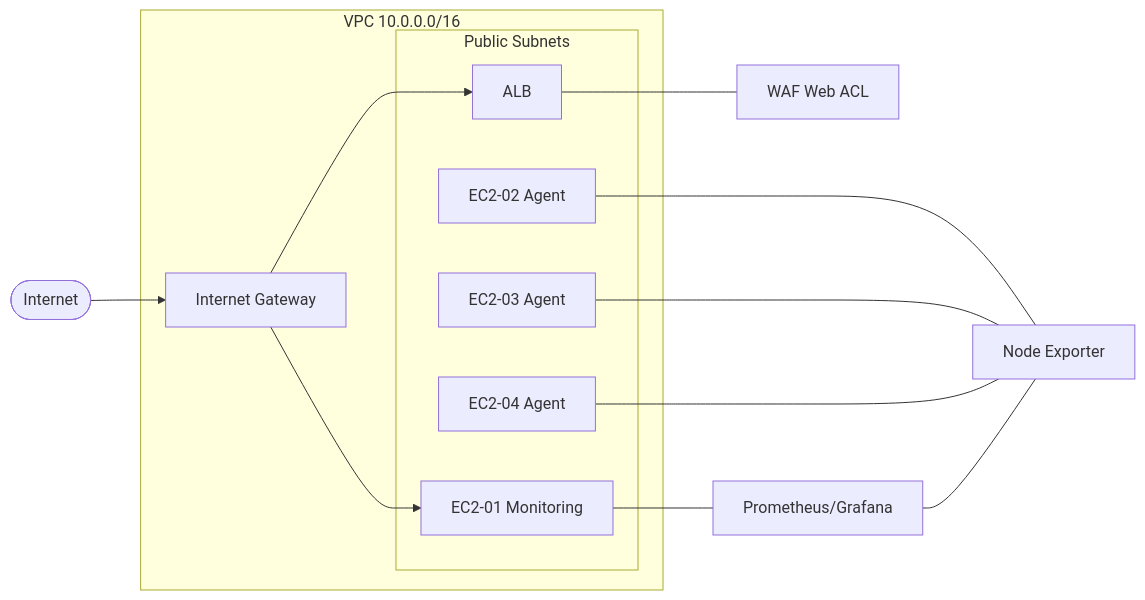
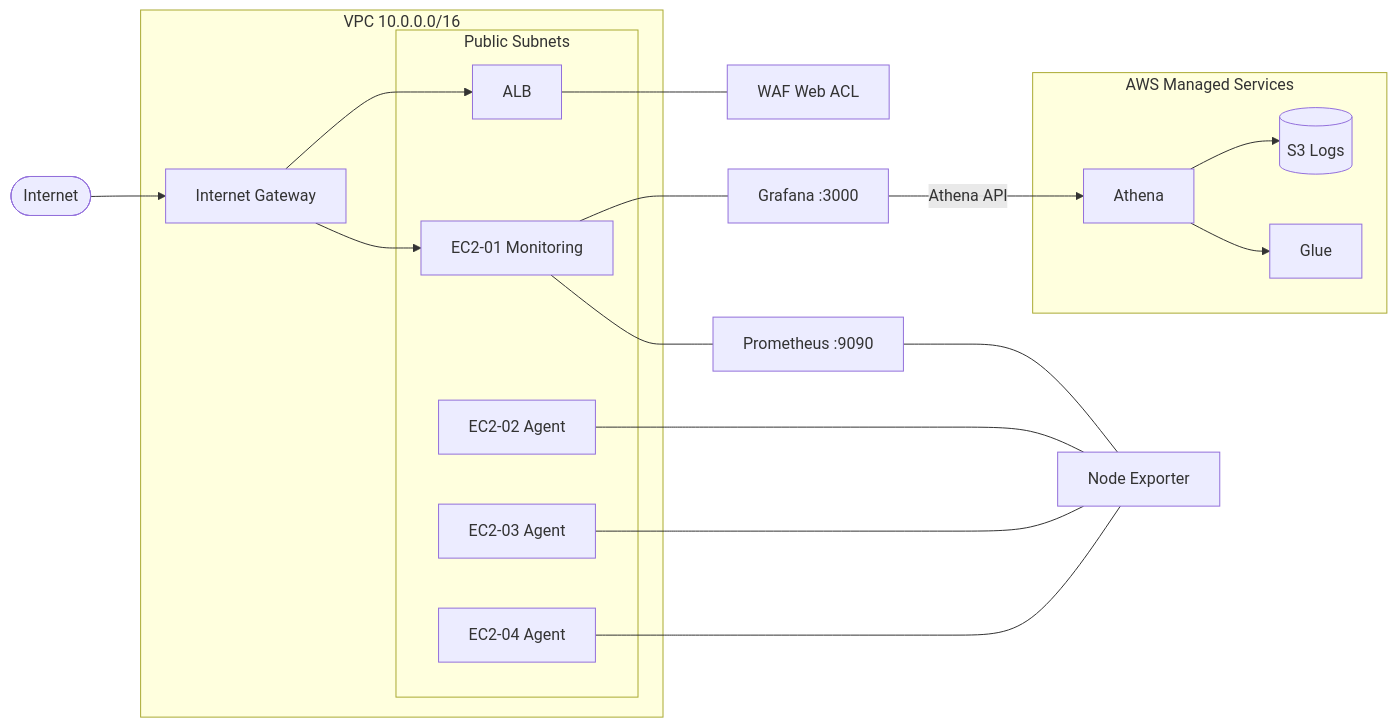
One commit to durgaprasadraju/aws-wafsecurity-monitoring changed the fifth of 7 diagrams in diagrams/architecture.md. Above: the diagram before and after it, drawn with Mermaid. The commit also changed other lines of this file and 19 other files, not shown here.

Commit message:
grafana athena dashboard

````diff
--- a/diagrams/architecture.md
+++ b/diagrams/architecture.md
@@ -87,23 +147,33 @@
 ```mermaid
 flowchart LR
     subgraph VPC["VPC 10.0.0.0/16"]
         subgraph Public["Public Subnets"]
             ALB[ALB]
             MON[EC2-01 Monitoring]
             AG1[EC2-02 Agent]
             AG2[EC2-03 Agent]
             AG3[EC2-04 Agent]
         end
         IGW[Internet Gateway]
     end
 
+    subgraph AWSManaged["AWS Managed Services"]
+        S3[(S3 Logs)]
+        Athena[Athena]
+        Glue[Glue]
+    end
+
     Internet([Internet]) --> IGW
     IGW --> ALB
     IGW --> MON
     ALB --- WAF[WAF Web ACL]
-    MON --- Prom[Prometheus/Grafana]
+    MON --- Graf[Grafana :3000]
+    MON --- Prom[Prometheus :9090]
+    Graf -->|Athena API| Athena
+    Athena --> S3
+    Athena --> Glue
     AG1 --- NE[Node Exporter]
     AG2 --- NE
     AG3 --- NE
     Prom --- NE
 ```
````
